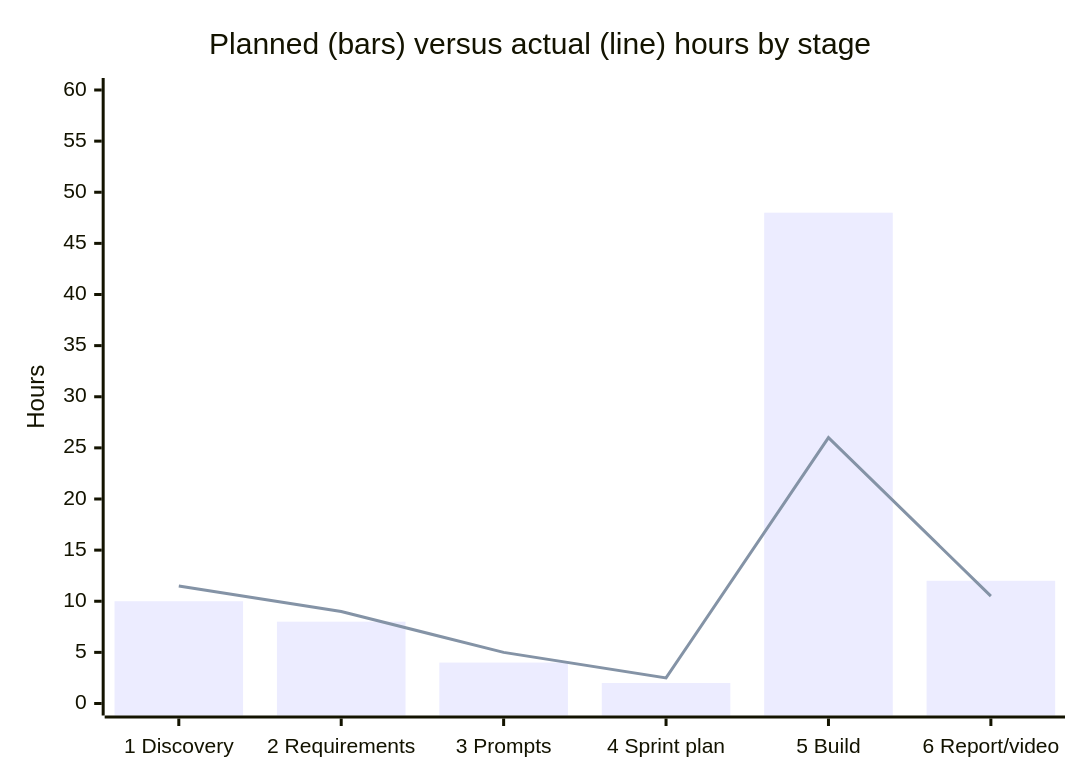
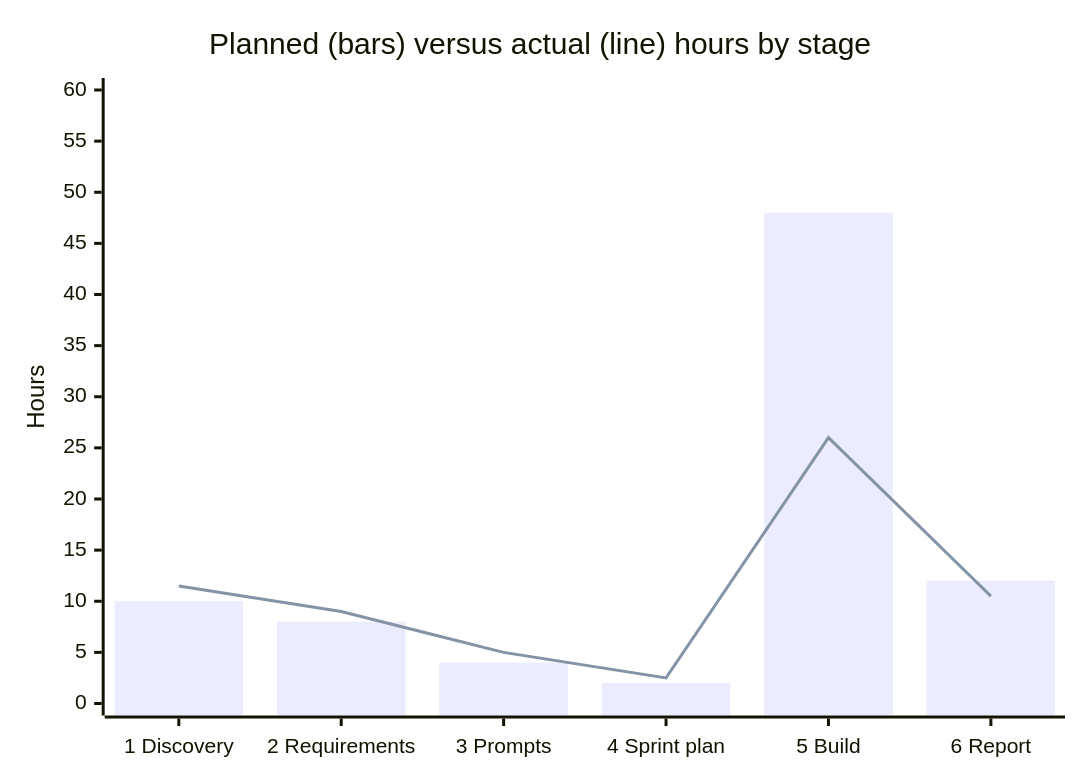
One commit to learningsam20/cloudserve-assist changed the ninth of 9 diagrams in docs/report/CloudServe_Assistant_Report.md. Above: the diagram before and after it, drawn with Mermaid. The commit also changed other lines of this file and 22 other files, not shown here.

````diff
--- a/docs/report/CloudServe_Assistant_Report.md
+++ b/docs/report/CloudServe_Assistant_Report.md
@@ -775,8 +784,8 @@
 ```mermaid
 xychart-beta
     title "Planned (bars) versus actual (line) hours by stage"
-    x-axis ["1 Discovery", "2 Requirements", "3 Prompts", "4 Sprint plan", "5 Build", "6 Report/video"]
+    x-axis ["1 Discovery", "2 Requirements", "3 Prompts", "4 Sprint plan", "5 Build", "6 Report"]
     y-axis "Hours" 0 --> 60
     bar [10, 8, 4, 2, 48, 12]
     line [11.5, 9, 5, 2.5, 26, 10.5]
 ```
````
